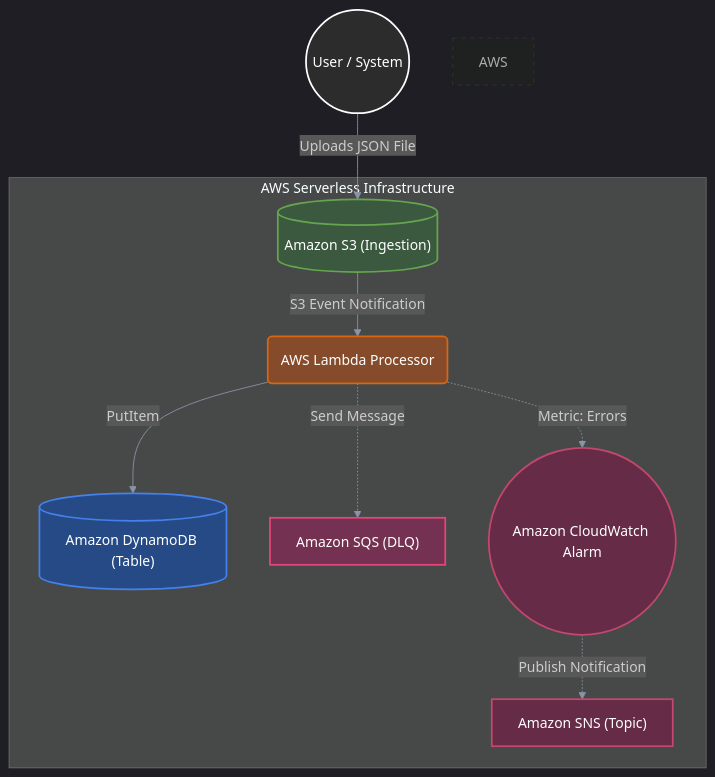
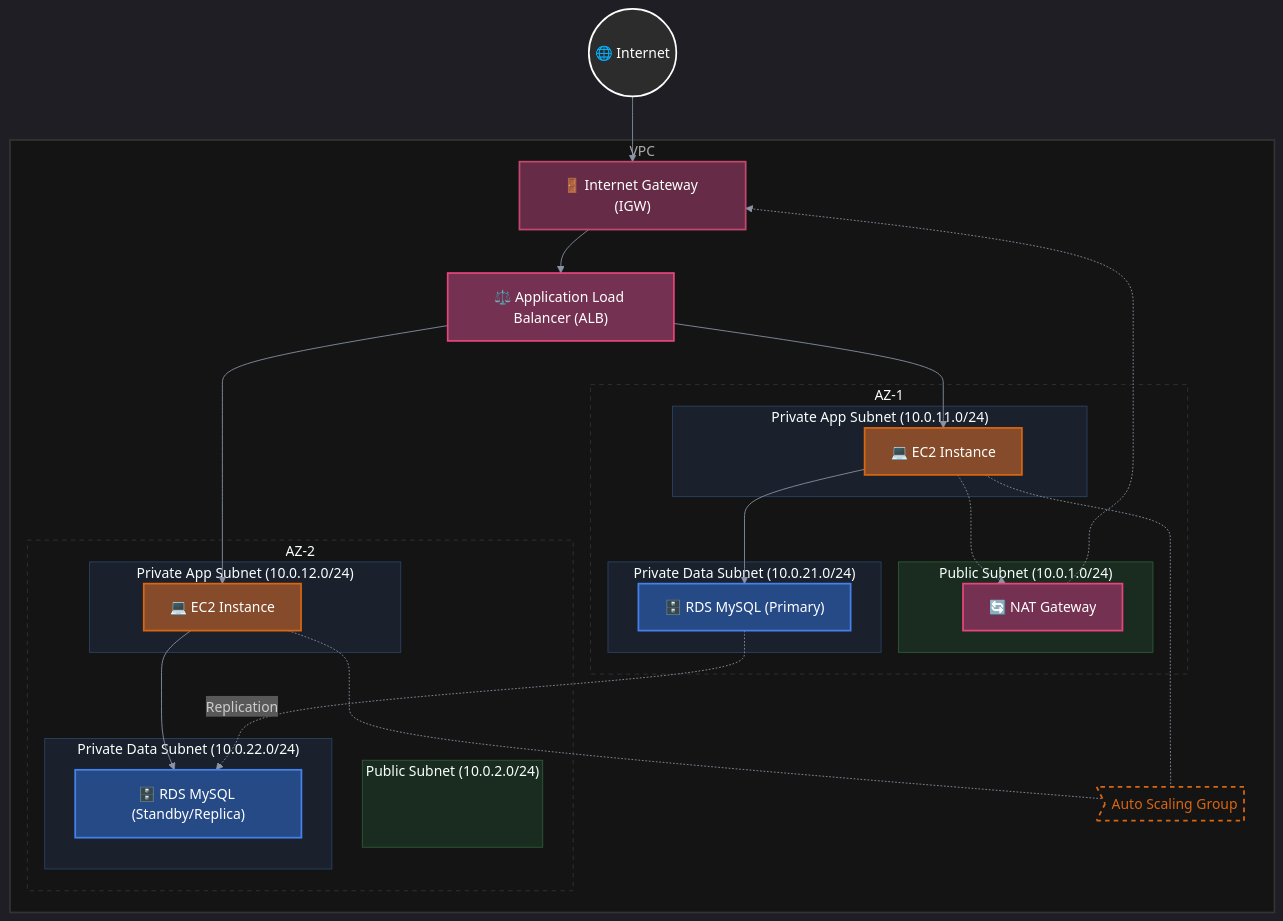
The diagram in README.MD (Karamsandhu2516/Serverless-Data-Pipeline-project3), drawn with Mermaid before and after one commit. The commit also changed other lines of this file, not shown here.

Commit message:
fix: restore readme images and trigger fresh pipeline run

````diff
--- a/README.MD
+++ b/README.MD
@@ -20,22 +20,70 @@
 ```mermaid
 %%{init: {'theme': 'dark', 'themeVariables': { 'primaryColor': '#1e1e1e', 'primaryTextColor': '#fff', 'primaryBorderColor': '#ff9900', 'lineColor': '#8a94a6', 'fontFamily': 'Inter, sans-serif'}}}%%
 graph TD
-    classDef s3 fill:#3b593f,stroke:#66a54f,stroke-width:2px,color:#fff;
-    classDef lambda fill:#854b2a,stroke:#d86613,stroke-width:2px,color:#fff;
-    classDef ddb fill:#264a85,stroke:#4481eb,stroke-width:2px,color:#fff;
-    classDef sqs fill:#753151,stroke:#e5457a,stroke-width:2px,color:#fff;
-    classDef cw fill:#652b47,stroke:#c4476d,stroke-width:2px,color:#fff;
+    Internet((🌐 Internet)):::user --> IGW
+
+    subgraph VPC ["VPC"]
+        IGW["🚪 Internet Gateway (IGW)"]:::igw
+
+        IGW --> ALB["⚖️ Application Load Balancer (ALB)"]:::alb
+        
+        subgraph AZ1 ["AZ-1"]
+            subgraph PubSub1 ["Public Subnet (10.0.1.0/24)"]
+                NAT["🔄 NAT Gateway"]:::nat
+            end
+            subgraph PrivApp1 ["Private App Subnet (10.0.11.0/24)"]
+                EC2_1["💻 EC2 Instance"]:::ec2
+            end
+            subgraph PrivData1 ["Private Data Subnet (10.0.21.0/24)"]
+                RDS_1["🗄️ RDS MySQL (Primary)"]:::rds
+            end
+        end
+
+        subgraph AZ2 ["AZ-2"]
+            subgraph PubSub2 ["Public Subnet (10.0.2.0/24)"]
+                Placeholder[" "]:::hidden
+            end
+            subgraph PrivApp2 ["Private App Subnet (10.0.12.0/24)"]
+                EC2_2["💻 EC2 Instance"]:::ec2
+            end
+            subgraph PrivData2 ["Private Data Subnet (10.0.22.0/24)"]
+                RDS_2["🗄️ RDS MySQL (Standby/Replica)"]:::rds
+            end
+        end
+
+        %% Auto Scaling Group Note
+        ASG_NOTE>Auto Scaling Group]:::asg_note
+    end
+
+    %% Connections
+    ALB --> EC2_1
+    ALB --> EC2_2
+    EC2_1 -.-> NAT
+    NAT -.-> IGW
+    EC2_1 --> RDS_1
+    EC2_2 --> RDS_2
+    RDS_1 -.->|Replication| RDS_2
+    
+    EC2_1 -.- ASG_NOTE
+    EC2_2 -.- ASG_NOTE
+
+    %% Styles
     classDef user fill:#2c2c2c,stroke:#ffffff,stroke-width:2px,color:#fff;
+    classDef igw fill:#652b47,stroke:#c4476d,stroke-width:2px,color:#fff;
+    classDef alb fill:#753151,stroke:#e5457a,stroke-width:2px,color:#fff;
+    classDef nat fill:#753151,stroke:#e5457a,stroke-width:2px,color:#fff;
+    classDef ec2 fill:#854b2a,stroke:#d86613,stroke-width:2px,color:#fff;
+    classDef rds fill:#264a85,stroke:#4481eb,stroke-width:2px,color:#fff;
+    classDef hidden fill:none,stroke:none,color:none;
+    classDef asg_note fill:none,stroke:#d86613,stroke-width:2px,stroke-dasharray: 5 5,color:#d86613;
 
-    Client((User / System)):::user -->|Uploads JSON File| S3[("Amazon S3 (Ingestion)")]:::s3
-    
-    subgraph "AWS Serverless Infrastructure"
-        S3 -->|S3 Event Notification| L(AWS Lambda Processor):::lambda
-        L -->|PutItem| DB[("Amazon DynamoDB (Table)")]:::ddb
-        L -.->|Send Message| DLQ["Amazon SQS (DLQ)"]:::sqs
-        L -.->|Metric: Errors| CW(("Amazon CloudWatch Alarm")):::cw
-        CW -.->|Publish Notification| SNS["Amazon SNS (Topic)"]:::cw
-    end
-    
-    style AWS Serverless Infrastructure fill:#141414,stroke:#333,stroke-width:1px,stroke-dasharray: 5 5,color:#aaa;
+    style VPC fill:#141414,stroke:#333,stroke-width:2px,color:#aaa;
+    style AZ1 fill:none,stroke:#333,stroke-width:1px,stroke-dasharray: 5 5;
+    style AZ2 fill:none,stroke:#333,stroke-width:1px,stroke-dasharray: 5 5;
+    style PubSub1 fill:#1a2b1f,stroke:#2d5c39,stroke-width:1px;
+    style PubSub2 fill:#1a2b1f,stroke:#2d5c39,stroke-width:1px;
+    style PrivApp1 fill:#1a202c,stroke:#2b4365,stroke-width:1px;
+    style PrivApp2 fill:#1a202c,stroke:#2b4365,stroke-width:1px;
+    style PrivData1 fill:#1a202c,stroke:#2b4365,stroke-width:1px;
+    style PrivData2 fill:#1a202c,stroke:#2b4365,stroke-width:1px;
 ```
````
